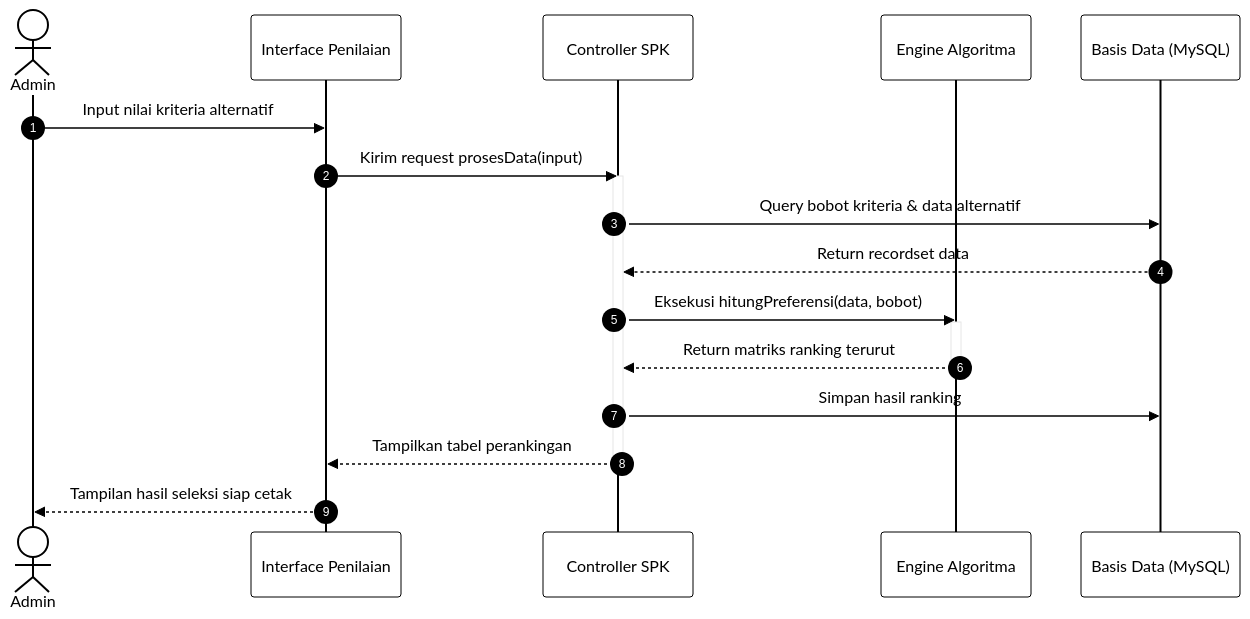
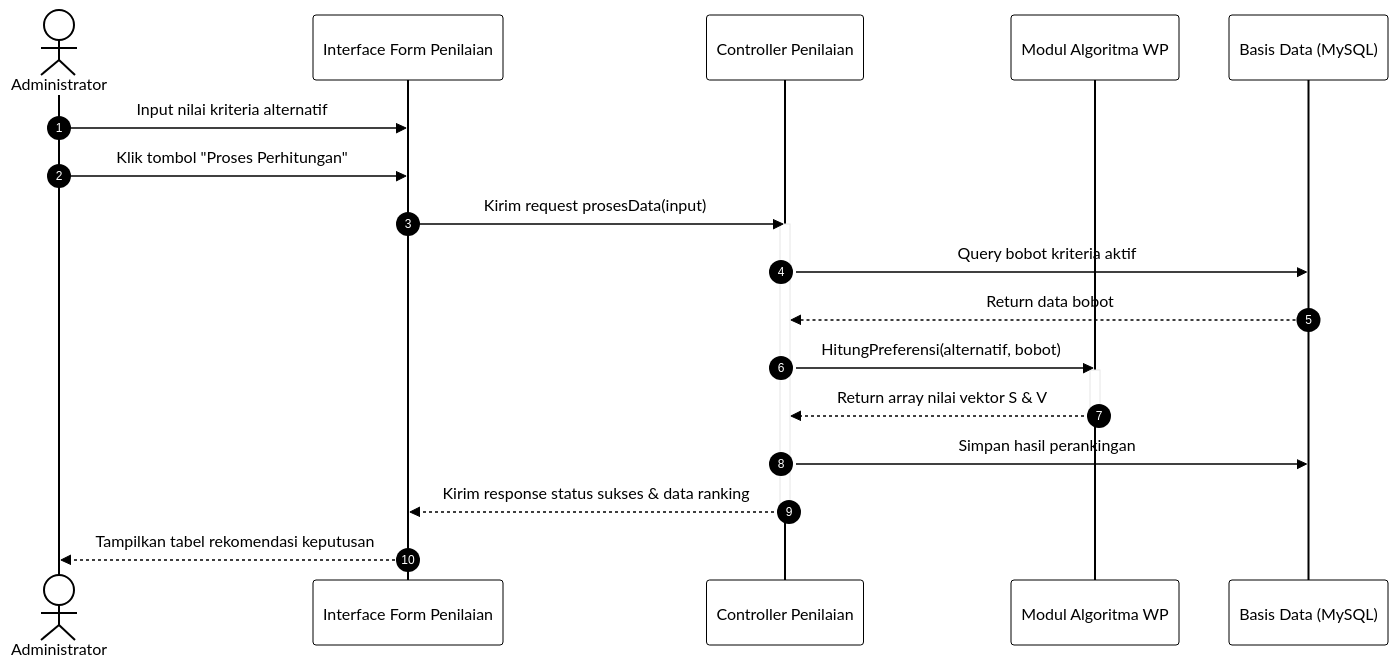
The eighth of 8 diagrams in SOP/SOP_DIAGRAM.md (skimatt/ai-thesis-workspace), drawn with Mermaid before and after one commit. The commit also changed other lines of this file and 55 other files, not shown here.

Commit message:
feat: upgrade workspace to modular architecture v3.0 with automated compiler and QA tooling

````diff
--- a/SOP/SOP_DIAGRAM.md
+++ b/SOP/SOP_DIAGRAM.md
@@ -232,24 +404,25 @@
 ```mermaid
 %%{init: {'theme': 'base', 'themeVariables': {'primaryColor': '#ffffff', 'primaryTextColor': '#000000', 'primaryBorderColor': '#000000', 'lineColor': '#000000'}}}%%
 sequenceDiagram
     autonumber
-    actor Pengguna as Admin
-    participant UI as Interface Penilaian
-    participant Ctr as Controller SPK
-    participant Alg as Engine Algoritma
+    actor Admin as Administrator
+    participant UI as Interface Form Penilaian
+    participant Ctr as Controller Penilaian
+    participant Alg as Modul Algoritma WP
     participant DB as Basis Data (MySQL)
 
-    Pengguna->>UI: Input nilai kriteria alternatif
+    Admin->>UI: Input nilai kriteria alternatif
+    Admin->>UI: Klik tombol "Proses Perhitungan"
     UI->>Ctr: Kirim request prosesData(input)
     activate Ctr
-    Ctr->>DB: Query bobot kriteria & data alternatif
-    DB-->>Ctr: Return recordset data
-    Ctr->>Alg: Eksekusi hitungPreferensi(data, bobot)
+    Ctr->>DB: Query bobot kriteria aktif
+    DB-->>Ctr: Return data bobot
+    Ctr->>Alg: HitungPreferensi(alternatif, bobot)
     activate Alg
-    Alg-->>Ctr: Return matriks ranking terurut
+    Alg-->>Ctr: Return array nilai vektor S & V
     deactivate Alg
-    Ctr->>DB: Simpan hasil ranking
-    Ctr-->>UI: Tampilkan tabel perankingan
+    Ctr->>DB: Simpan hasil perankingan
+    Ctr-->>UI: Kirim response status sukses & data ranking
     deactivate Ctr
-    UI-->>Pengguna: Tampilan hasil seleksi siap cetak
+    UI-->>Admin: Tampilkan tabel rekomendasi keputusan
 ```
````
